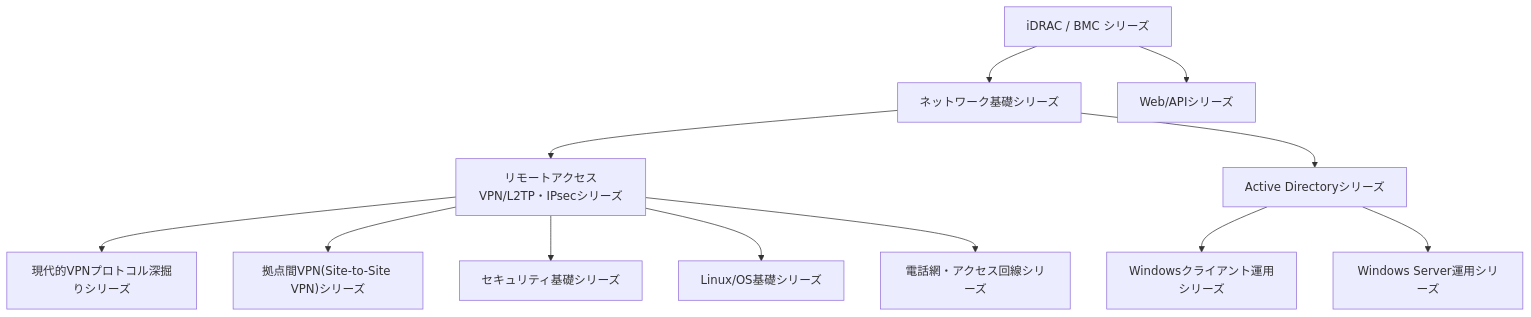
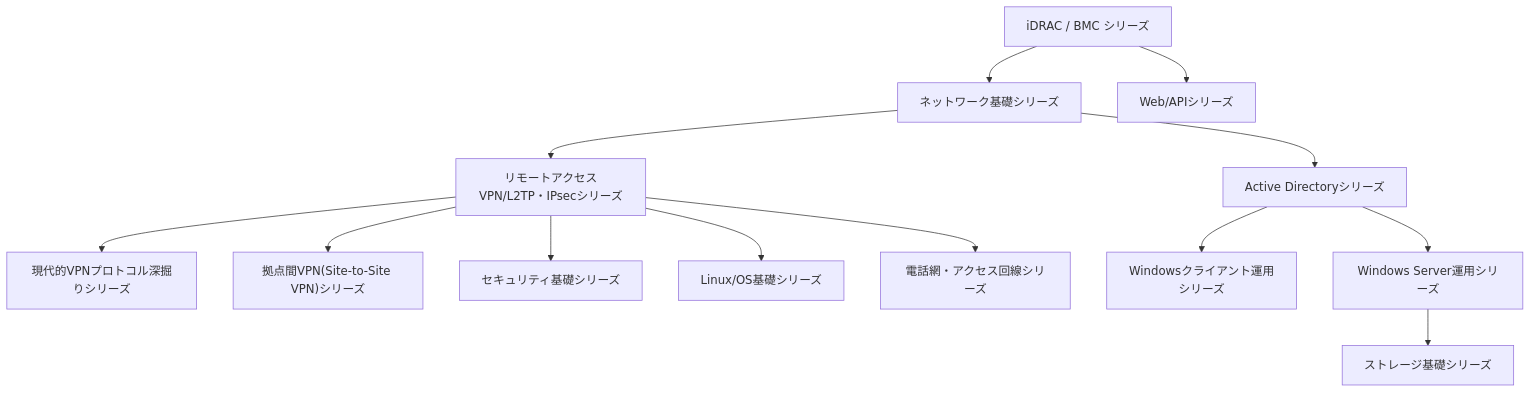
The diagram in src/pages/sitemap.md (koikoi1998/koikoi-blog-20260723), drawn with Mermaid before and after one commit. The commit also changed other lines of this file and 7 other files, not shown here.

````diff
--- a/src/pages/sitemap.md
+++ b/src/pages/sitemap.md
@@ -24,27 +24,29 @@
 ```mermaid
 graph TB
     Idrac["iDRAC / BMC シリーズ"]
     Network["ネットワーク基礎シリーズ"]
     Vpn["リモートアクセスVPN/L2TP・IPsecシリーズ"]
     ModernVpn["現代的VPNプロトコル深掘りシリーズ"]
     SiteToSite["拠点間VPN(Site-to-Site VPN)シリーズ"]
     Security["セキュリティ基礎シリーズ"]
     Linux["Linux/OS基礎シリーズ"]
     Telephony["電話網・アクセス回線シリーズ"]
     Api["Web/APIシリーズ"]
     ActiveDirectory["Active Directoryシリーズ"]
     WindowsClient["Windowsクライアント運用シリーズ"]
     WindowsServer["Windows Server運用シリーズ"]
+    Storage["ストレージ基礎シリーズ"]
 
     Idrac --> Network
     Idrac --> Api
     Network --> Vpn
     Vpn --> ModernVpn
     Vpn --> SiteToSite
     Vpn --> Security
     Vpn --> Linux
     Vpn --> Telephony
     Network --> ActiveDirectory
     ActiveDirectory --> WindowsClient
     ActiveDirectory --> WindowsServer
+    WindowsServer --> Storage
 ```
````
